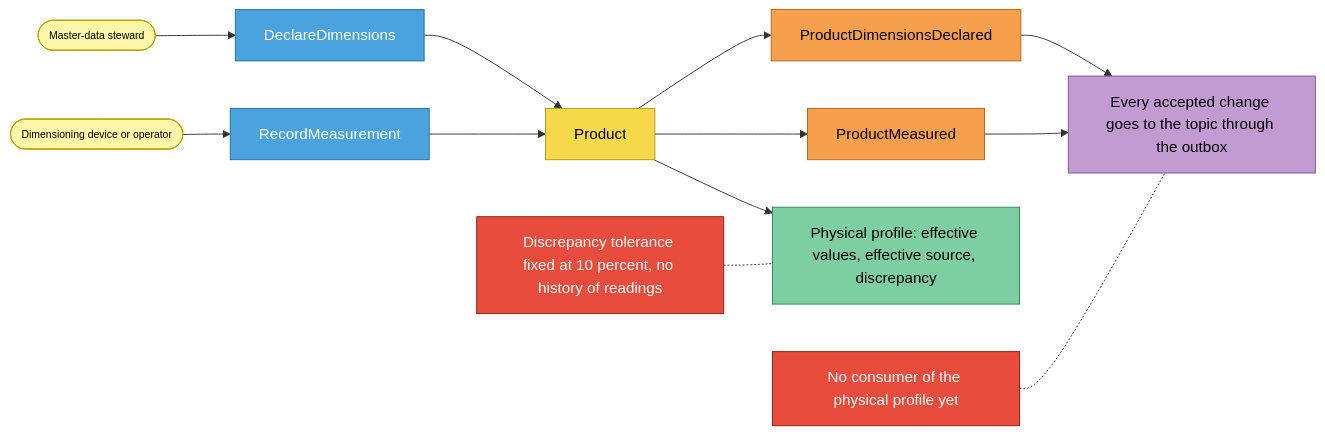
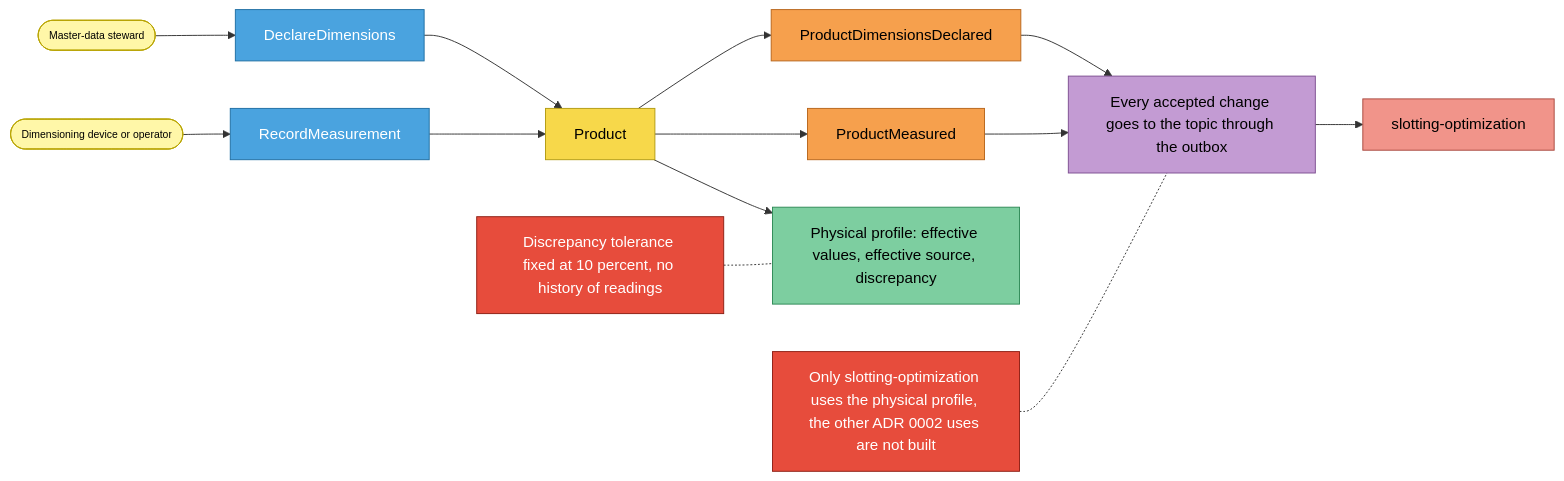
Before and after one commit to IQVO/product-master: the third of 4 diagrams in docs/docs/ddd/eventstorming.md, drawn with Mermaid. The commit also changed other lines of this file and 13 other files, not shown here.

````diff
--- a/docs/docs/ddd/eventstorming.md
+++ b/docs/docs/ddd/eventstorming.md
@@ -81,23 +86,24 @@
 ```mermaid
 flowchart LR
   ST([Master-data steward]):::actor --> C1[DeclareDimensions]:::command
   DV([Dimensioning device or operator]):::actor --> C2[RecordMeasurement]:::command
   C1 --> A1[Product]:::aggregate
   C2 --> A1
   A1 --> E1[ProductDimensionsDeclared]:::event
   A1 --> E2[ProductMeasured]:::event
   E1 --> P1[Every accepted change goes to the topic through the outbox]:::policy
   E2 --> P1
+  P1 --> SO[slotting-optimization]:::external
   A1 --> R1[Physical profile: effective values, effective source, discrepancy]:::readmodel
-  H1[No consumer of the physical profile yet]:::hotspot -.- P1
+  H1[Only slotting-optimization uses the physical profile, the other ADR 0002 uses are not built]:::hotspot -.- P1
   H2[Discrepancy tolerance fixed at 10 percent, no history of readings]:::hotspot -.- R1
 
   classDef actor fill:#fff7a8,stroke:#b8a400,color:#000,font-size:11px
   classDef command fill:#4aa3df,stroke:#1f6fa3,color:#fff
   classDef aggregate fill:#f7d84a,stroke:#b39b12,color:#000
   classDef event fill:#f6a04d,stroke:#b8661c,color:#000
   classDef policy fill:#c39bd3,stroke:#7d4f91,color:#000
   classDef readmodel fill:#7dcea0,stroke:#2f8a57,color:#000
   classDef external fill:#f1948a,stroke:#a9483e,color:#000
   classDef hotspot fill:#e74c3c,stroke:#8e1f14,color:#fff
 ```
````
